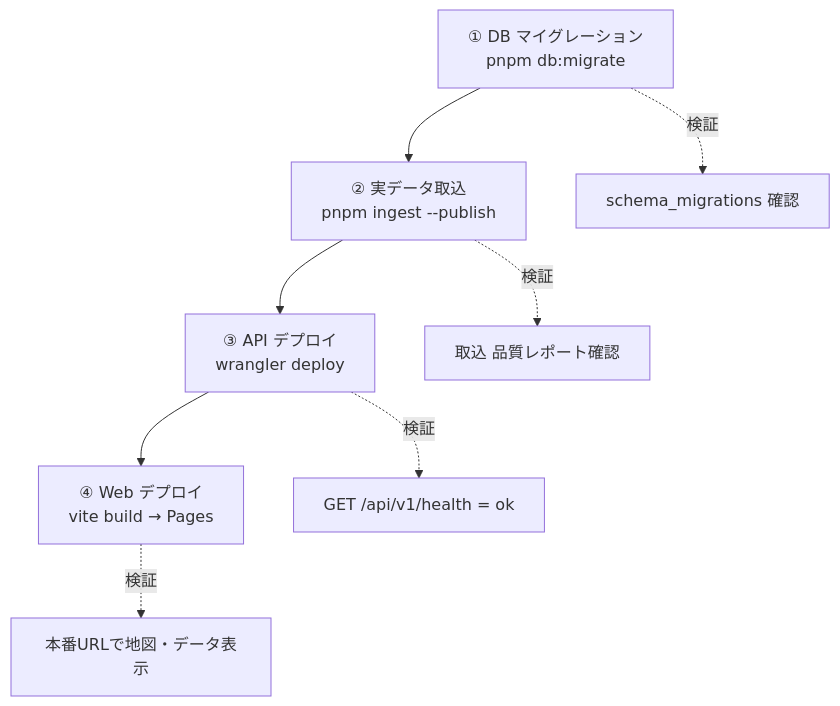
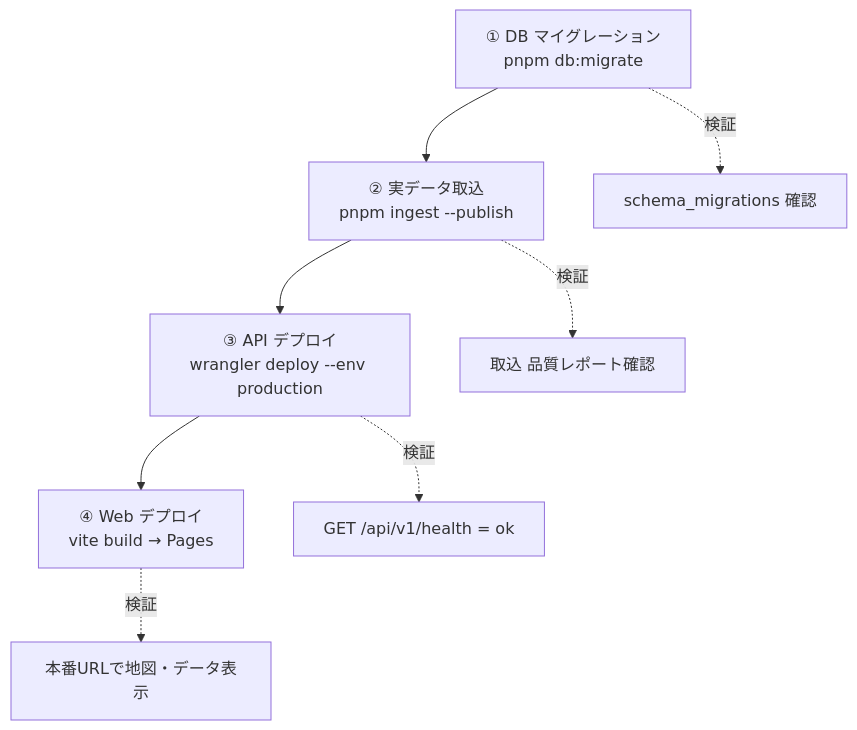
Before and after one commit to Kensan196948G/Public-Infrastructure-Maintenance-Map: the second of 2 diagrams in docs/RELEASE_RUNBOOK.md, drawn with Mermaid. The commit also changed other lines of this file and 12 other files, not shown here.

````diff
--- a/docs/RELEASE_RUNBOOK.md
+++ b/docs/RELEASE_RUNBOOK.md
@@ -108,10 +114,10 @@
 ```mermaid
 flowchart TD
   A["① DB マイグレーション<br/>pnpm db:migrate"] --> B["② 実データ取込<br/>pnpm ingest --publish"]
-  B --> C["③ API デプロイ<br/>wrangler deploy"]
+  B --> C["③ API デプロイ<br/>wrangler deploy --env production"]
   C --> D["④ Web デプロイ<br/>vite build → Pages"]
   A -.検証.-> Av["schema_migrations 確認"]
   B -.検証.-> Bv["取込 品質レポート確認"]
   C -.検証.-> Cv["GET /api/v1/health = ok"]
   D -.検証.-> Dv["本番URLで地図・データ表示"]
 ```
````
